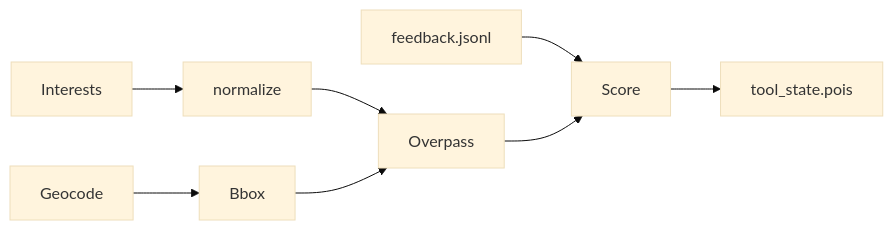
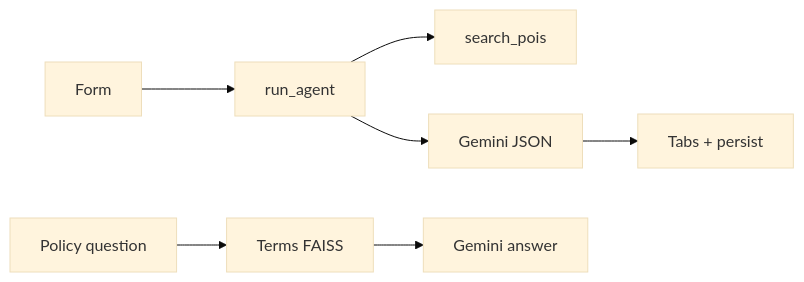
One commit to guptaastha1427/Trip-Planner changed the diagram in info.md. Above: the diagram before and after it, drawn with Mermaid (base theme). The commit also changed other lines of this file and 159 other files, not shown here.

````diff
--- a/info.md
+++ b/info.md
@@ -504,10 +25,9 @@
 ```mermaid
 flowchart LR
- I[Interests] --> N[normalize]
- G[Geocode] --> B[Bbox]
- N --> O[Overpass]
- B --> O
- F[feedback.jsonl] --> S[Score]
- O --> S
- S --> C[tool_state.pois]
+  F[Form] --> A[run_agent]
+  A --> OSM[search_pois]
+  A --> G[Gemini JSON]
+  G --> UI[Tabs + persist]
+  Q[Policy question] --> FAISS[Terms FAISS]
+  FAISS --> GA[Gemini answer]
 ```
````
